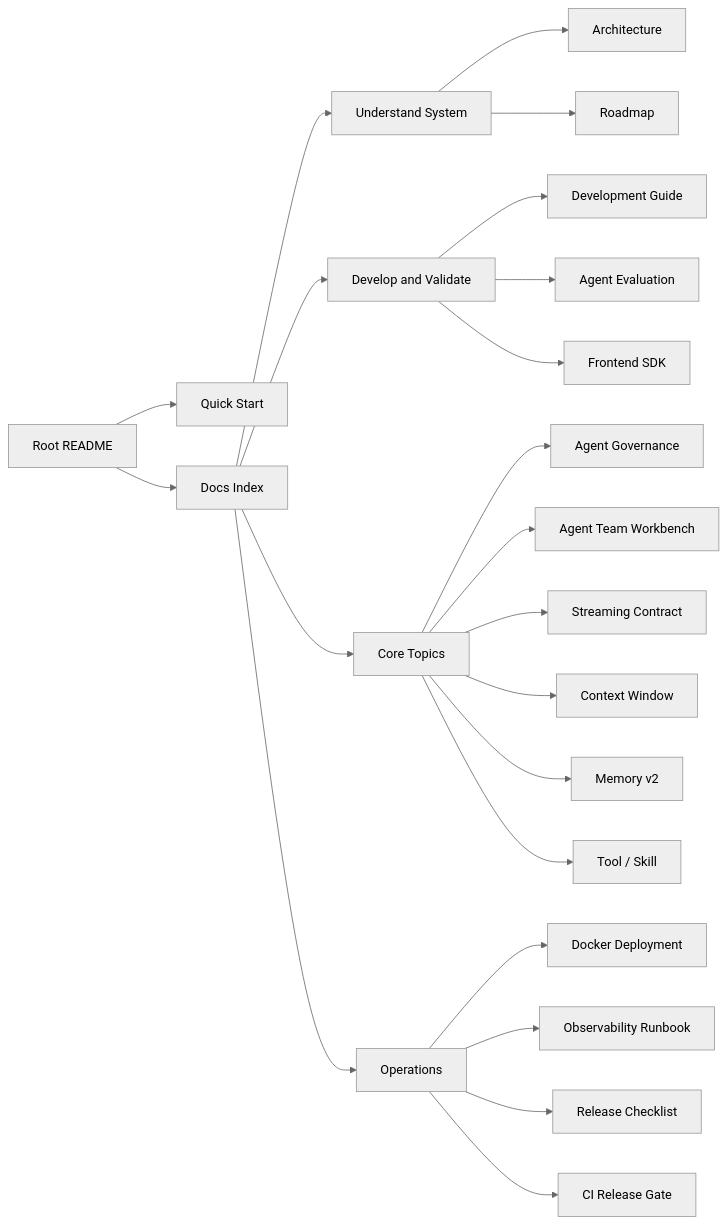
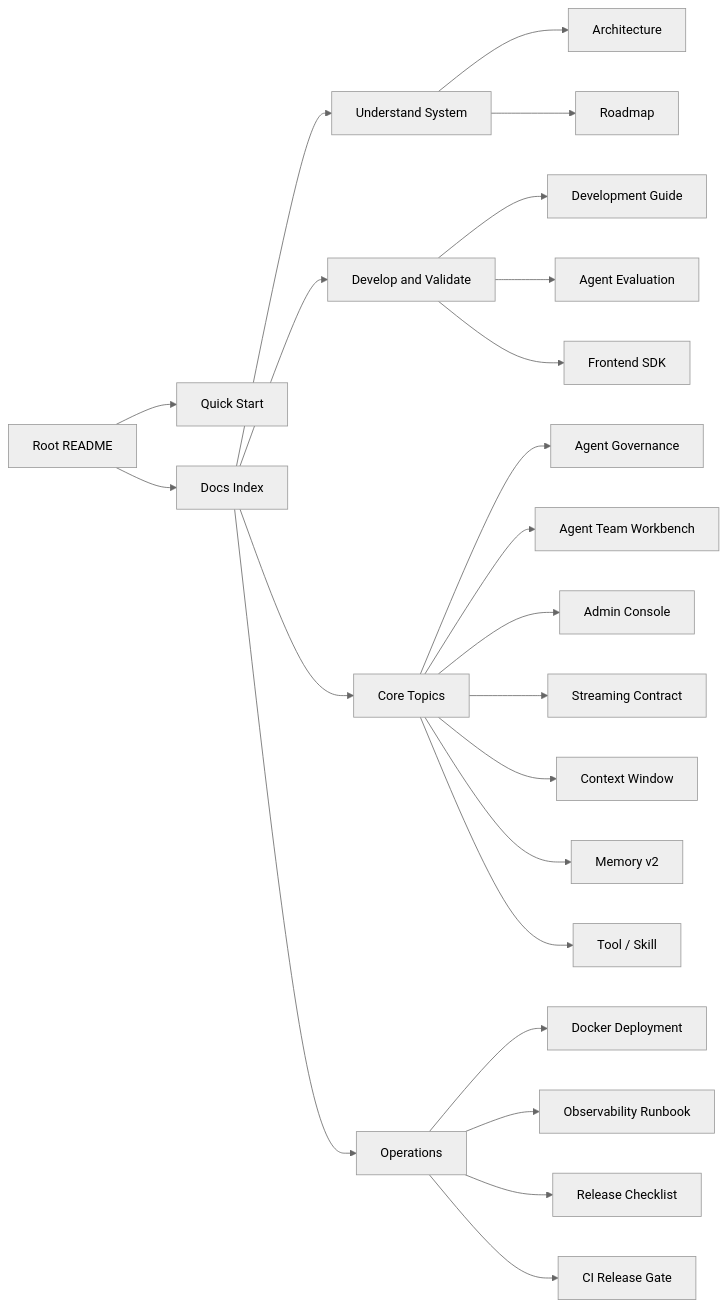
Before and after one commit to William-zgx/focus-agent: the diagram in docs/README.md, drawn with Mermaid (neutral theme). The commit also changed other lines of this file and 70 other files, not shown here.

````diff
--- a/docs/README.md
+++ b/docs/README.md
@@ -9,24 +9,25 @@
 ```mermaid
 flowchart LR
     README["Root README"] --> Quick["Quick Start"]
     README --> Docs["Docs Index"]
     Docs --> Understand["Understand System"]
     Docs --> Develop["Develop and Validate"]
     Docs --> Topics["Core Topics"]
     Docs --> Ops["Operations"]
     Understand --> Architecture["Architecture"]
     Understand --> Roadmap["Roadmap"]
     Develop --> DevGuide["Development Guide"]
     Develop --> EvalGuide["Agent Evaluation"]
     Develop --> SDK["Frontend SDK"]
     Topics --> Governance["Agent Governance"]
     Topics --> AgentTeam["Agent Team Workbench"]
+    Topics --> Admin["Admin Console"]
     Topics --> Streaming["Streaming Contract"]
     Topics --> ContextWindow["Context Window"]
     Topics --> Memory["Memory v2"]
     Topics --> Tools["Tool / Skill"]
     Ops --> Docker["Docker Deployment"]
     Ops --> Observability["Observability Runbook"]
     Ops --> Release["Release Checklist"]
     Ops --> CIGate["CI Release Gate"]
 ```
````
